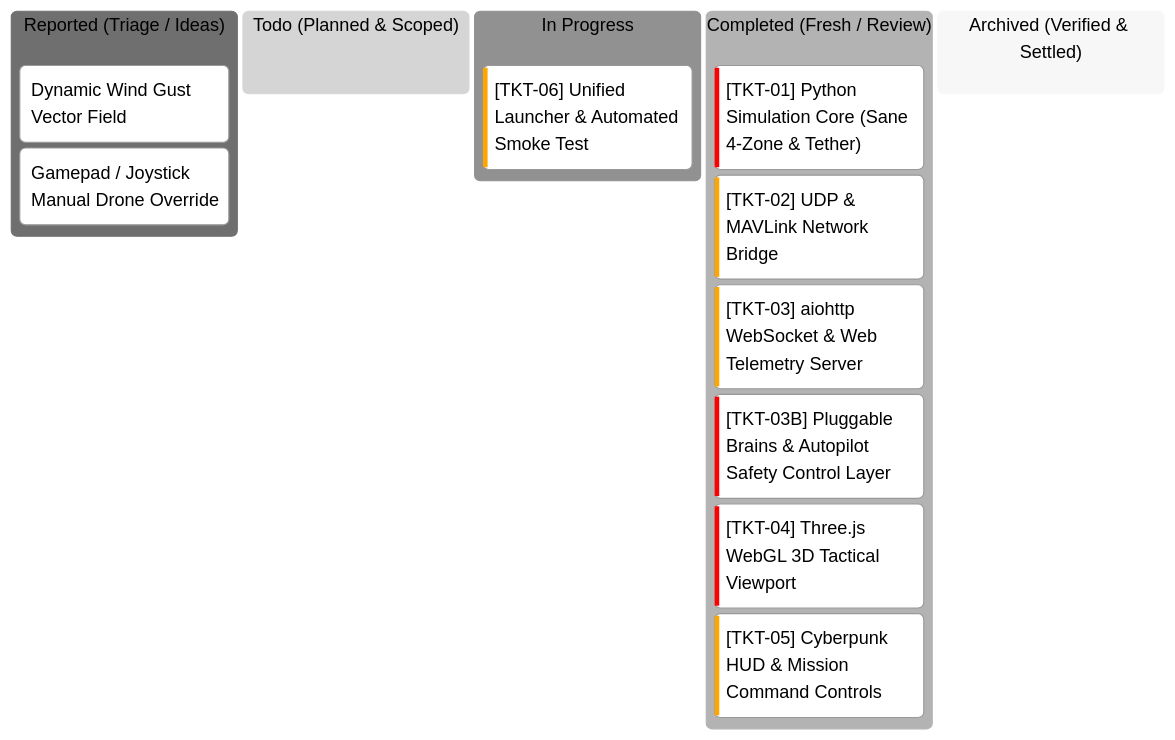
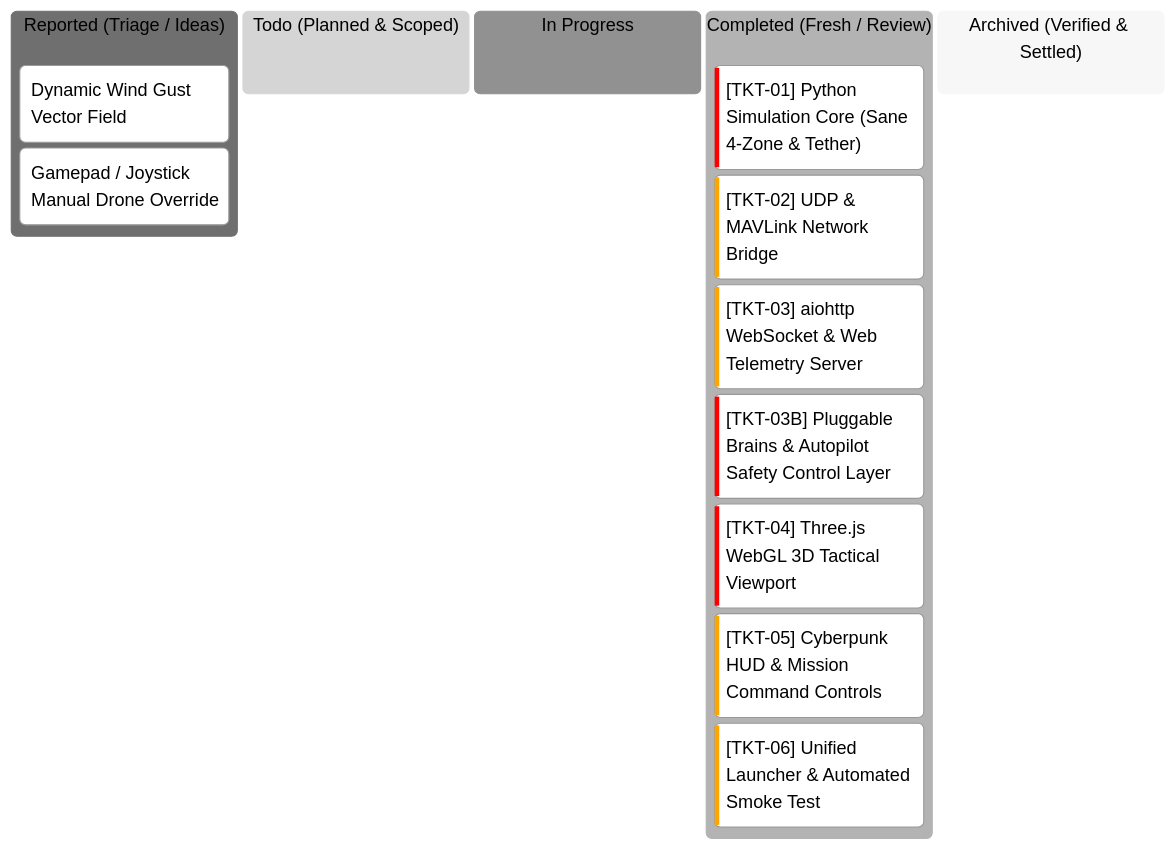
Before and after one commit to AlitheiaDeus/SwarmTech_v3-Uprising: the diagram in kanban.md, drawn with Mermaid (neutral theme). The commit also changed other lines of this file and 1 other file, not shown here.

Commit message:
feat(launcher): implement unified launcher and automated smoke test runner [TKT-06]

````diff
--- a/kanban.md
+++ b/kanban.md
@@ -7,17 +7,17 @@
 ```mermaid
 kanban
   reported["Reported (Triage / Ideas)"]
     idea1["Dynamic Wind Gust Vector Field"]
     idea2["Gamepad / Joystick Manual Drone Override"]
   todo["Todo (Planned & Scoped)"]
   in_progress["In Progress"]
-    tkt6["[TKT-06] Unified Launcher & Automated Smoke Test"]@{ priority: 'High' }
   completed["Completed (Fresh / Review)"]
     tkt1["[TKT-01] Python Simulation Core (Sane 4-Zone & Tether)"]@{ priority: 'Very High' }
     tkt2["[TKT-02] UDP & MAVLink Network Bridge"]@{ priority: 'High' }
     tkt3["[TKT-03] aiohttp WebSocket & Web Telemetry Server"]@{ priority: 'High' }
     tkt3b["[TKT-03B] Pluggable Brains & Autopilot Safety Control Layer"]@{ priority: 'Very High' }
     tkt4["[TKT-04] Three.js WebGL 3D Tactical Viewport"]@{ priority: 'Very High' }
     tkt5["[TKT-05] Cyberpunk HUD & Mission Command Controls"]@{ priority: 'High' }
+    tkt6["[TKT-06] Unified Launcher & Automated Smoke Test"]@{ priority: 'High' }
   archived["Archived (Verified & Settled)"]
 ```
````
